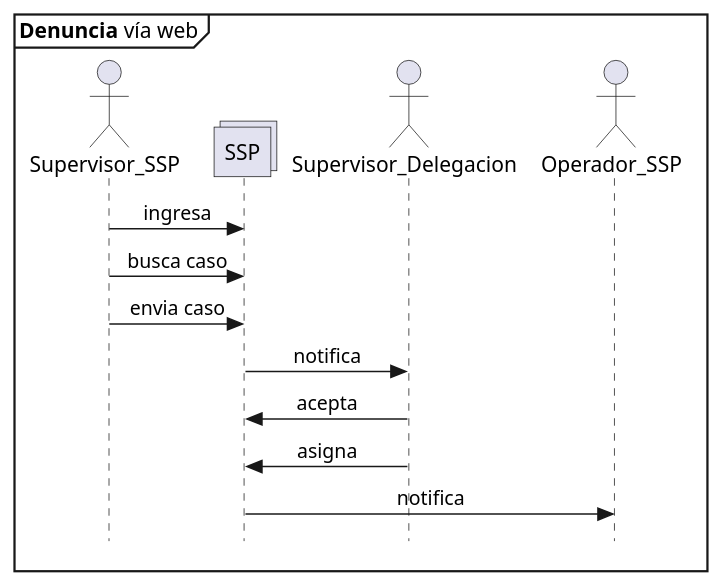
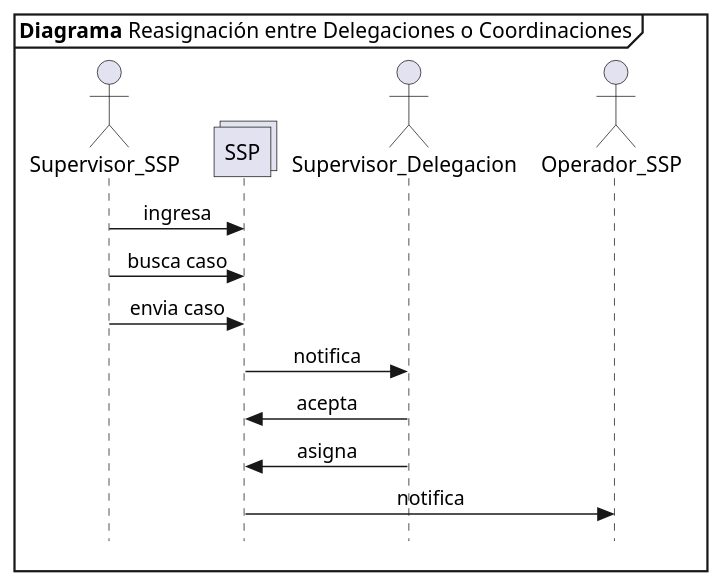
The diagram in propuesta SSP/09_1 reasignación de caso entre de legacion o coordinacion.plantuml (n1m0d0/defdiag), drawn with PlantUML before and after one commit. The commit also changed 14 other files, not shown here.

Commit message:
cambio de nombres de diagramas

```diff
--- a/propuesta SSP/09_1 reasignación de caso entre de legacion o coordinacion.plantuml
+++ b/propuesta SSP/09_1 reasignación de caso entre de legacion o coordinacion.plantuml
@@ -1,20 +1,20 @@
 @startuml Denuncia_web
 skinparam Style strictuml
 skinparam SequenceMessageAlignment center
 
-mainframe **Denuncia** vía web
+mainframe **Diagrama** Reasignación entre Delegaciones o Coordinaciones
 
 actor Supervisor_SSP as supssp
 collections SSP 
 actor Supervisor_Delegacion as supsspdel
 actor Operador_SSP as opssp
 
 supssp -> SSP : ingresa
 supssp -> SSP : busca caso
 supssp -> SSP : envia caso
 SSP -> supsspdel : notifica
 supsspdel -> SSP : acepta
 supsspdel -> SSP : asigna
 SSP -> opssp : notifica
 
 @enduml
```
